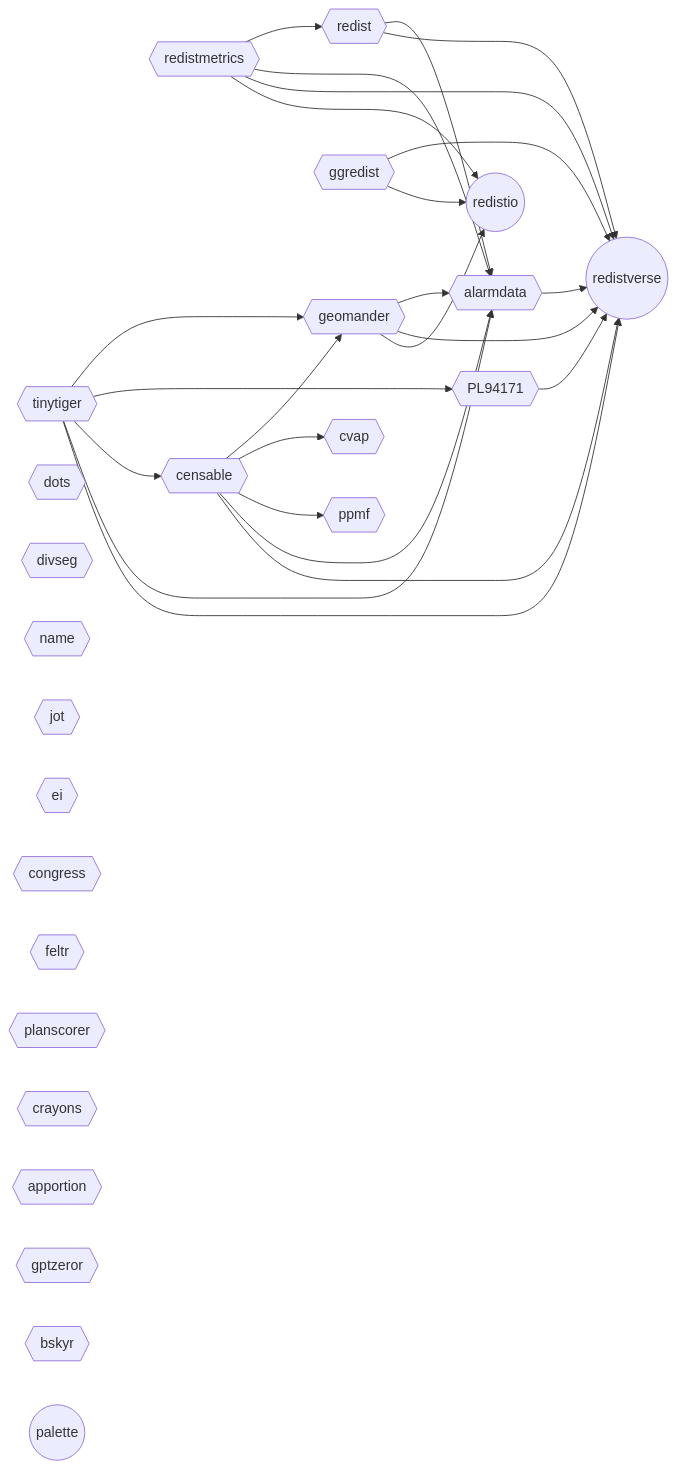
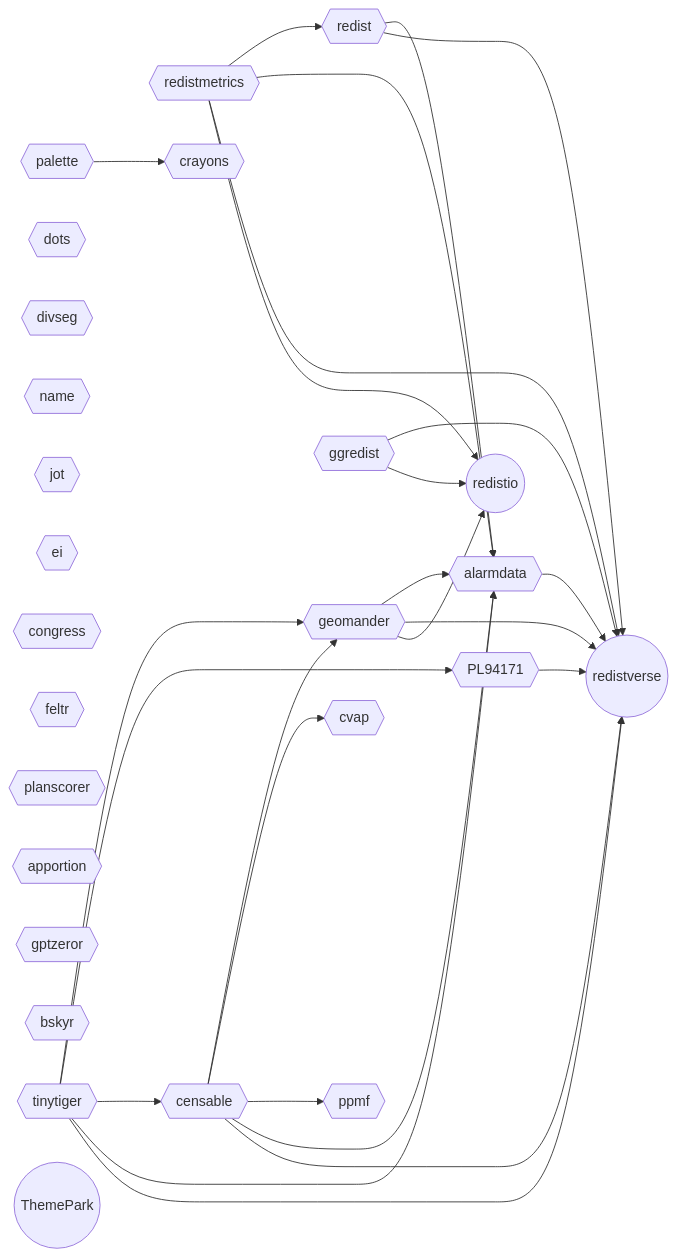
Before and after one commit to christopherkenny/christopherkenny.github.io: the diagram in package-relationships.qmd, drawn with Mermaid. The commit also changed 7 other files, not shown here.

Commit message:
update graph

````diff
--- a/package-relationships.qmd
+++ b/package-relationships.qmd
@@ -54,51 +54,53 @@
 ```{mermaid}
 flowchart LR
   redist{{redist}}
   redistmetrics{{redistmetrics}}
   geomander{{geomander}}
   PL94171{{PL94171}}
   censable{{censable}}
   tinytiger{{tinytiger}}
   dots{{dots}}
   cvap{{cvap}}
   ppmf{{ppmf}}
   divseg{{divseg}}
   name{{name}}
   jot{{jot}}
   ei{{ei}}
   alarmdata{{alarmdata}}
   ggredist{{ggredist}}
   congress{{congress}}
   feltr{{feltr}}
   planscorer{{planscorer}}
   redistverse((redistverse))
   crayons{{crayons}}
   apportion{{apportion}}
   gptzeror{{gptzeror}}
   bskyr{{bskyr}}
   redistio((redistio))
-  palette((palette))
+  palette{{palette}}
+  ThemePark((ThemePark))
   redistmetrics --> redist
   censable --> geomander
   tinytiger --> geomander
   tinytiger --> PL94171
   tinytiger --> censable
   censable --> cvap
   censable --> ppmf
   censable --> alarmdata
   geomander --> alarmdata
   redist --> alarmdata
   redistmetrics --> alarmdata
   tinytiger --> alarmdata
   redist --> redistverse
   redistmetrics --> redistverse
   geomander --> redistverse
   ggredist --> redistverse
   censable --> redistverse
   tinytiger --> redistverse
   PL94171 --> redistverse
   alarmdata --> redistverse
+  palette --> crayons
   geomander --> redistio
   ggredist --> redistio
   redistmetrics --> redistio
 ```
````
